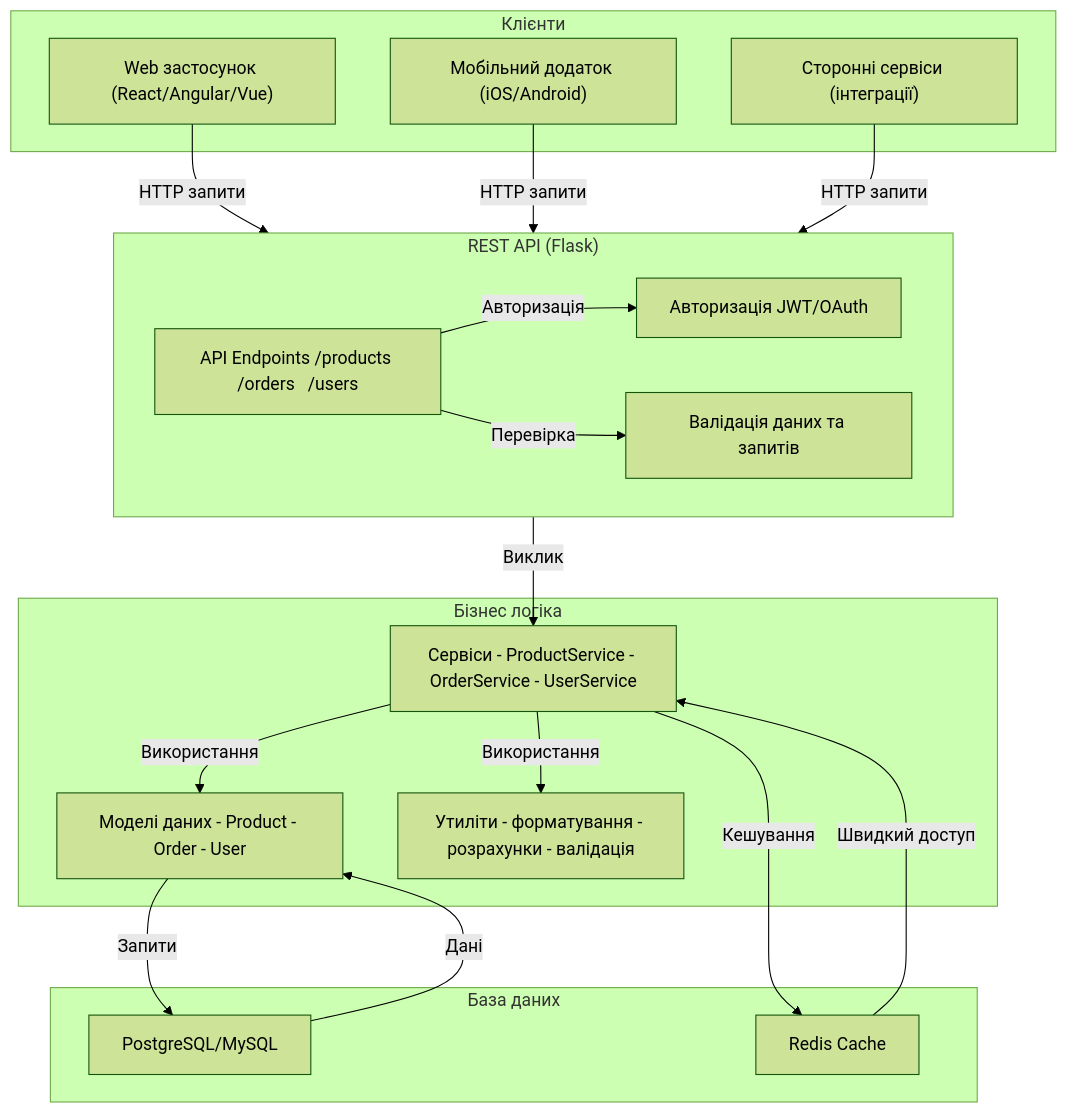
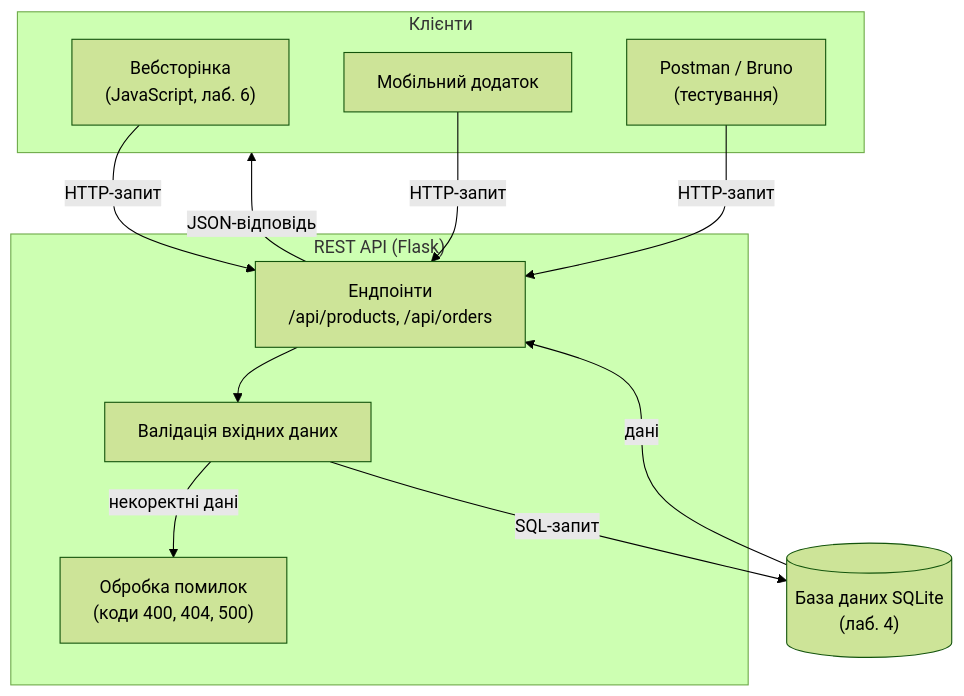
Before and after one commit to olroi421/course-opi-v2: the diagram in labs/lab-05.md, drawn with Mermaid (forest theme). The commit also changed other lines of this file and 11 other files, not shown here.

````diff
--- a/labs/lab-05.md
+++ b/labs/lab-05.md
@@ -101,42 +102,25 @@
 ```mermaid
 graph TB
-    subgraph Clients[" Клієнти "]
-        Web["Web застосунок (React/Angular/Vue)"]
-        Mobile["Мобільний додаток (iOS/Android)"]
-        ThirdParty["Сторонні сервіси (інтеграції)"]
+    subgraph Clients["Клієнти"]
+        Web["Вебсторінка<br/>(JavaScript, лаб. 6)"]
+        Mobile["Мобільний додаток"]
+        Tools["Postman / Bruno<br/>(тестування)"]
     end
 
     subgraph API["REST API (Flask)"]
-        Endpoints["API Endpoints /products /orders   /users"]
-        Auth["Авторизація JWT/OAuth"]
-        Validation["Валідація даних та запитів"]
+        Endpoints["Ендпоінти<br/>/api/products, /api/orders"]
+        Validation["Валідація вхідних даних"]
+        Errors["Обробка помилок<br/>(коди 400, 404, 500)"]
     end
 
-    subgraph Application["Бізнес логіка"]
-        Services["Сервіси - ProductService - OrderService - UserService"]
-        Models["Моделі даних - Product - Order - User"]
-        Utils["Утиліти - форматування - розрахунки - валідація"]
-    end
+    DB[("База даних SQLite<br/>(лаб. 4)")]
 
-    subgraph Database["База даних"]
-        PostgreSQL["PostgreSQL/MySQL"]
-        Cache["Redis Cache"]
-    end
-
-    %% Зв'язки між компонентами
-    Web -->|HTTP запити| API
-    Mobile -->|HTTP запити| API
-    ThirdParty -->|HTTP запити| API
-
-    Endpoints -->|Авторизація| Auth
-    Endpoints -->|Перевірка| Validation
-
-    API -->|Виклик| Services
-    Services -->|Використання| Models
-    Services -->|Використання| Utils
-
-    Models -->|Запити| PostgreSQL
-    Services -->|Кешування| Cache
-    Cache -->|Швидкий доступ| Services
-    PostgreSQL -->|Дані| Models
+    Web -->|HTTP-запит| Endpoints
+    Mobile -->|HTTP-запит| Endpoints
+    Tools -->|HTTP-запит| Endpoints
+    Endpoints --> Validation
+    Validation -->|некоректні дані| Errors
+    Validation -->|SQL-запит| DB
+    DB -->|дані| Endpoints
+    Endpoints -->|JSON-відповідь| Clients
 ```
````
